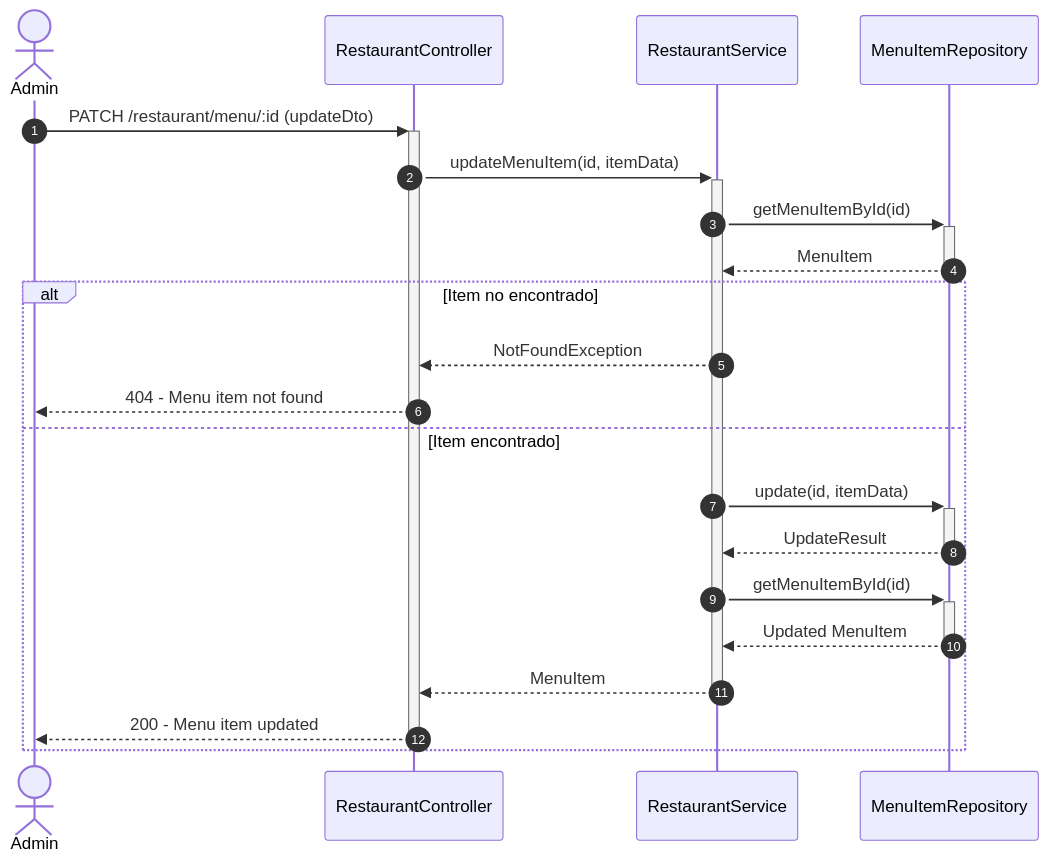
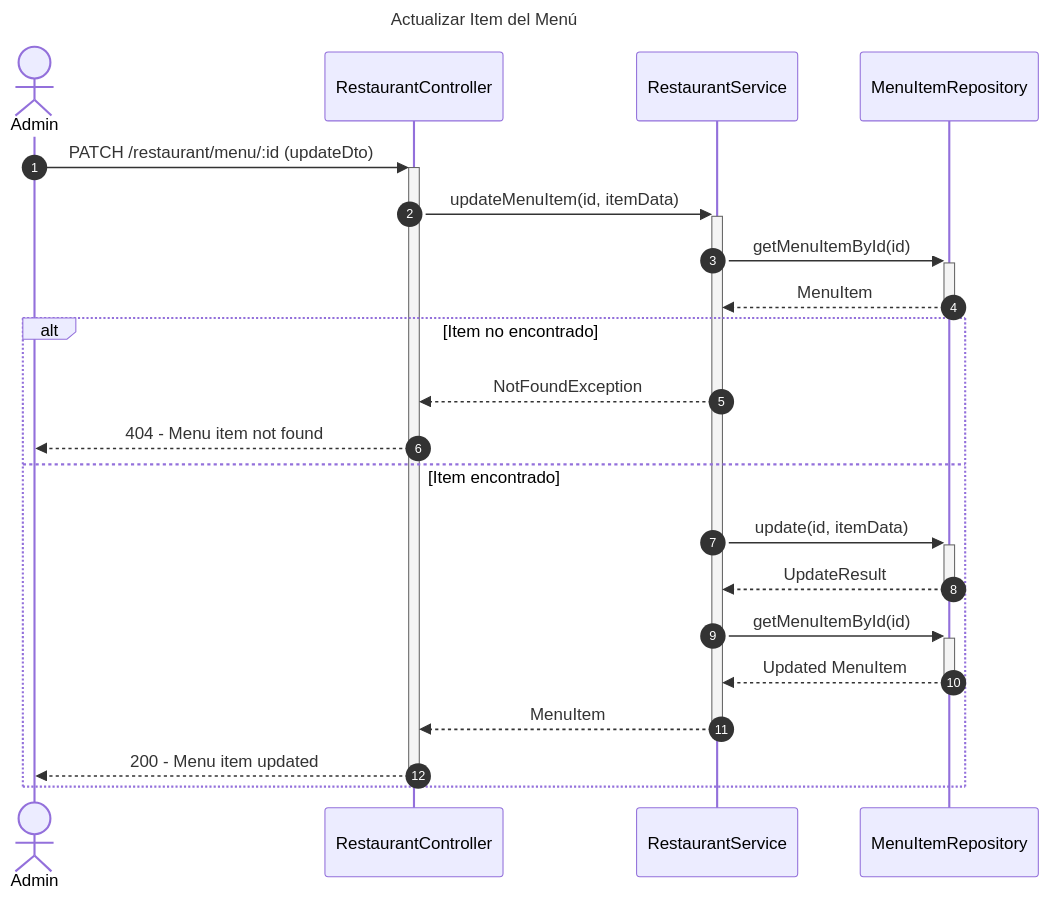
The fourth of 7 diagrams in diagrams/sequence/restaurant-sequence-diagram.md (Nick220505/hotelier-backend), drawn with Mermaid before and after one commit. The commit also changed other lines of this file and 5 other files, not shown here.

Commit message:
Add titles to sequence diagrams for Billing, Employees, Inventory, Reservations, Restaurant, and Users modules

````diff
--- a/diagrams/sequence/restaurant-sequence-diagram.md
+++ b/diagrams/sequence/restaurant-sequence-diagram.md
@@ -102,28 +111,31 @@
 ```mermaid
+---
+title: Actualizar Item del Menú
+---
 sequenceDiagram
     autonumber
     actor Admin
     participant Controller as RestaurantController
     participant Service as RestaurantService
     participant MenuRepo as MenuItemRepository
 
     Admin->>+Controller: PATCH /restaurant/menu/:id (updateDto)
     Controller->>+Service: updateMenuItem(id, itemData)
     
     Service->>+MenuRepo: getMenuItemById(id)
     MenuRepo-->>-Service: MenuItem
     
     alt Item no encontrado
         Service-->>Controller: NotFoundException
         Controller-->>Admin: 404 - Menu item not found
     else Item encontrado
         Service->>+MenuRepo: update(id, itemData)
         MenuRepo-->>-Service: UpdateResult
         
         Service->>+MenuRepo: getMenuItemById(id)
         MenuRepo-->>-Service: Updated MenuItem
         
         Service-->>-Controller: MenuItem
         Controller-->>-Admin: 200 - Menu item updated
     end
 ```
````
